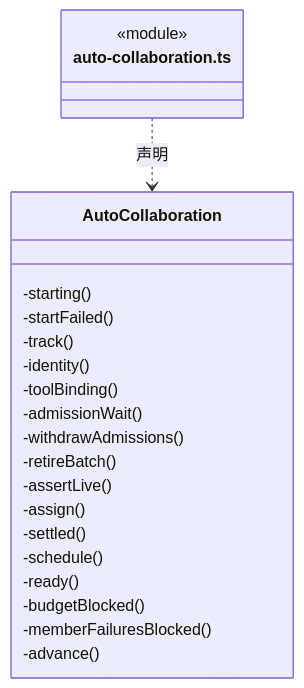
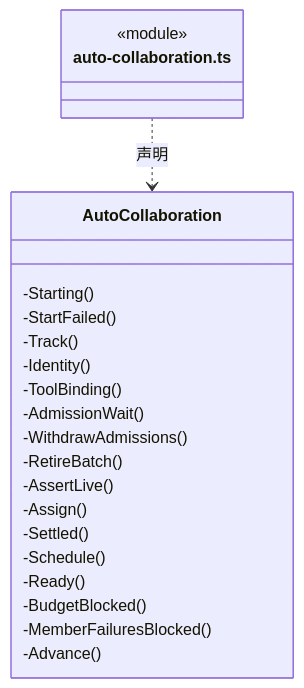
Before and after one commit to nan023062/cbim: the third of 15 diagrams in src/logic/dispatch/runtime/ARCHITECTURE.md, drawn with Mermaid. The commit also changed other lines of this file and 1035 other files, not shown here.

````diff
--- a/src/logic/dispatch/runtime/ARCHITECTURE.md
+++ b/src/logic/dispatch/runtime/ARCHITECTURE.md
@@ -137,25 +137,25 @@
 ```mermaid
 classDiagram
 class N_src_logic_dispatch_runtime_auto_collaboration_ts["auto-collaboration.ts"] {
   <<module>>
 }
 class N_src_logic_dispatch_runtime_auto_collaboration_ts_AutoCollaboration["AutoCollaboration"] {
-  -starting()
-  -startFailed()
-  -track()
-  -identity()
-  -toolBinding()
-  -admissionWait()
-  -withdrawAdmissions()
-  -retireBatch()
-  -assertLive()
-  -assign()
-  -settled()
-  -schedule()
-  -ready()
-  -budgetBlocked()
-  -memberFailuresBlocked()
-  -advance()
+  -Starting()
+  -StartFailed()
+  -Track()
+  -Identity()
+  -ToolBinding()
+  -AdmissionWait()
+  -WithdrawAdmissions()
+  -RetireBatch()
+  -AssertLive()
+  -Assign()
+  -Settled()
+  -Schedule()
+  -Ready()
+  -BudgetBlocked()
+  -MemberFailuresBlocked()
+  -Advance()
 }
 N_src_logic_dispatch_runtime_auto_collaboration_ts ..> N_src_logic_dispatch_runtime_auto_collaboration_ts_AutoCollaboration : 声明
 ```
````
